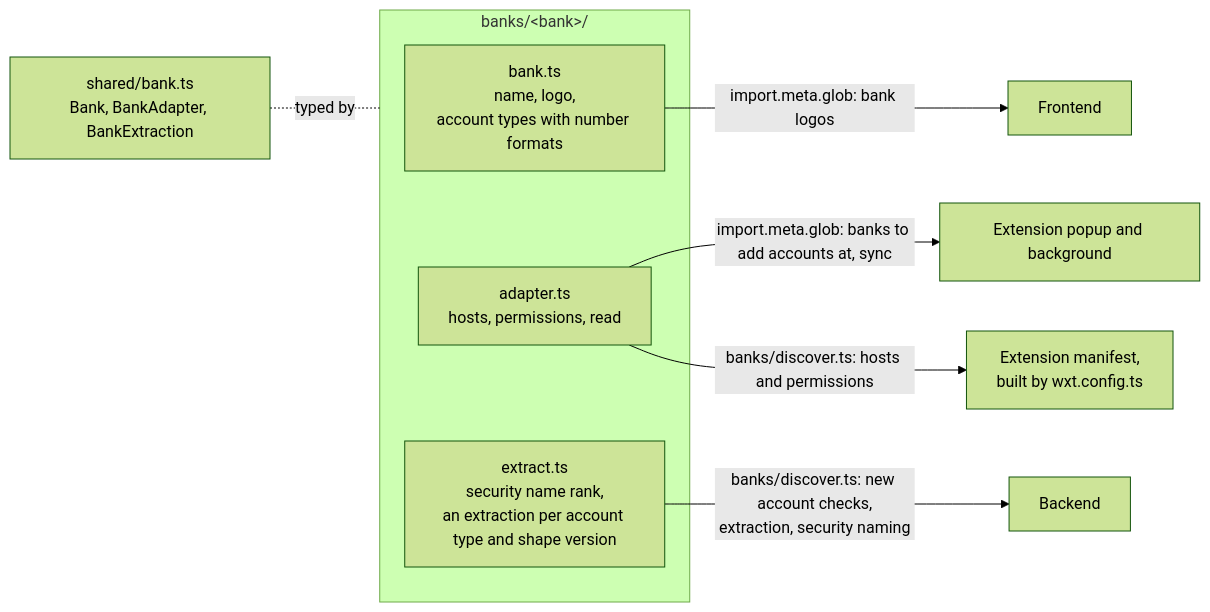
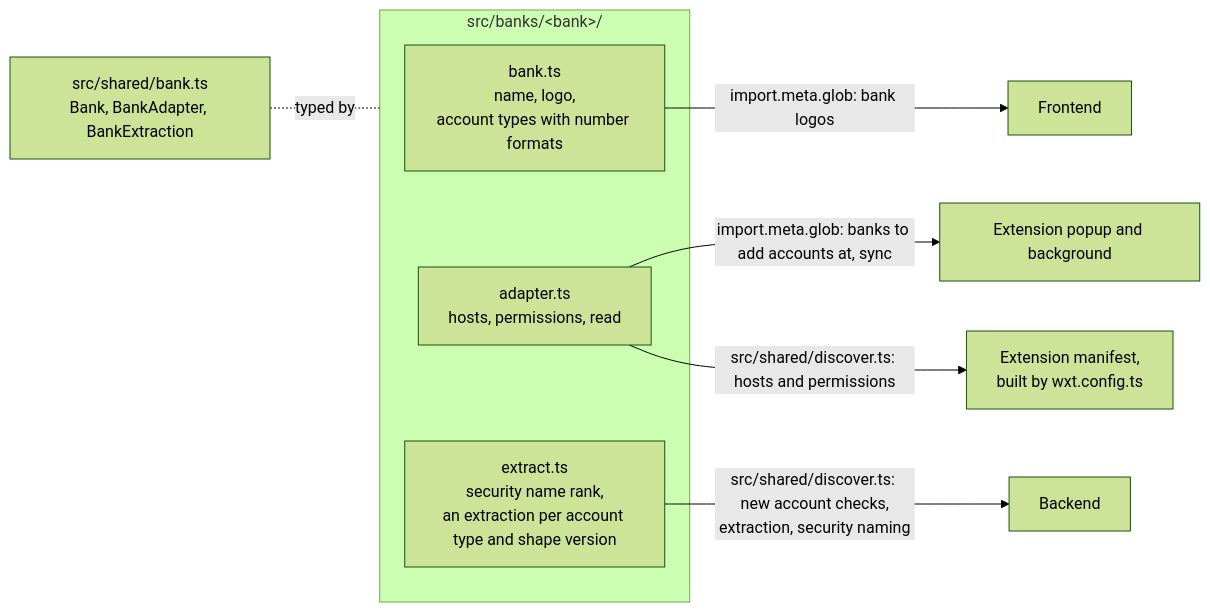
Before and after one commit to lennartmoeller/finance-tracker: the diagram in docs/contract/banks.md, drawn with Mermaid (forest theme). The commit also changed other lines of this file and 155 other files, not shown here.

````diff
--- a/docs/contract/banks.md
+++ b/docs/contract/banks.md
@@ -3,18 +3,18 @@
 ```mermaid
 flowchart LR
-  subgraph unit["banks/&lt;bank&gt;/"]
+  subgraph unit["src/banks/&lt;bank&gt;/"]
     bank["bank.ts<br/>name, logo,<br/>account types with number formats"]
     adapter["adapter.ts<br/>hosts, permissions, read"]
     extract["extract.ts<br/>security name rank,<br/>an extraction per account type and shape version"]
   end
-  interfaces["shared/bank.ts<br/>Bank, BankAdapter, BankExtraction"]
+  interfaces["src/shared/bank.ts<br/>Bank, BankAdapter, BankExtraction"]
   frontend["Frontend"]
   popup["Extension popup and background"]
   manifest["Extension manifest,<br/>built by wxt.config.ts"]
   backend["Backend"]
   interfaces -. "typed by" .- unit
   bank -- "import.meta.glob: bank logos" --> frontend
   adapter -- "import.meta.glob: banks to add accounts at, sync" --> popup
-  adapter -- "banks/discover.ts: hosts and permissions" --> manifest
-  extract -- "banks/discover.ts: new account checks,<br/>extraction, security naming" --> backend
+  adapter -- "src/shared/discover.ts: hosts and permissions" --> manifest
+  extract -- "src/shared/discover.ts: new account checks,<br/>extraction, security naming" --> backend
 ```
````
